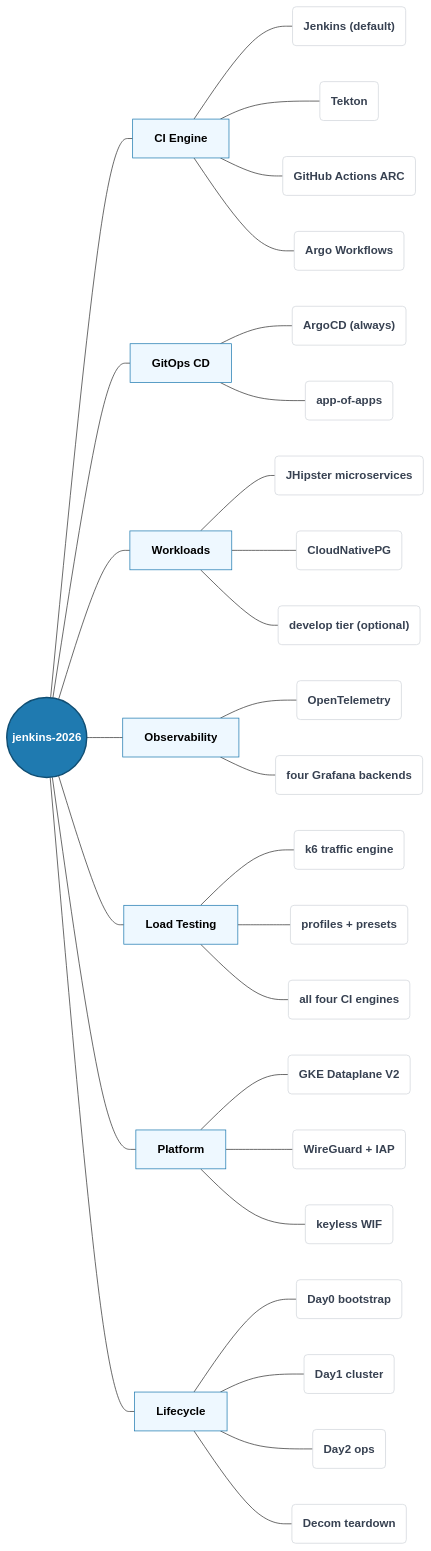
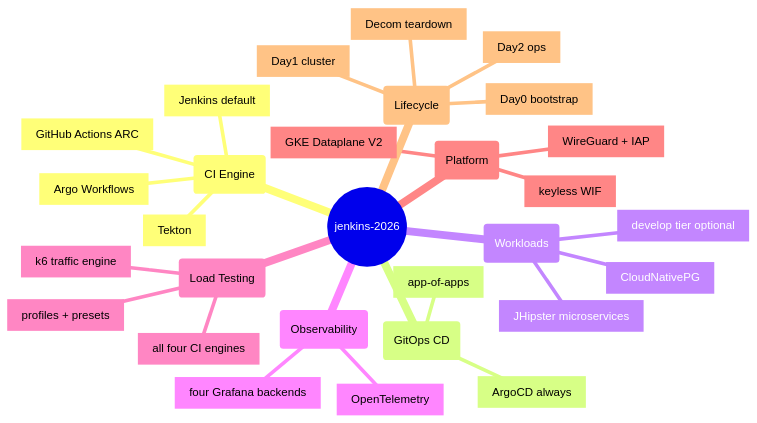
Before and after one commit to nubenetes/jenkins-2026: the first of 4 diagrams in README.md, drawn with Mermaid.

Commit message:
fix(docs): restore mindmap type for mental model diagram and add explicit node shapes to prevent overlaps

````diff
--- a/README.md
+++ b/README.md
@@ -79,46 +79,32 @@
 ```mermaid
-flowchart LR
-    Root((jenkins-2026)):::root
-    
-    %% Branches
-    Root --- CI["CI Engine"]:::branch
-    Root --- CD["GitOps CD"]:::branch
-    Root --- WL["Workloads"]:::branch
-    Root --- OBS["Observability"]:::branch
-    Root --- LT["Load Testing"]:::branch
-    Root --- PL["Platform"]:::branch
-    Root --- LC["Lifecycle"]:::branch
-
-    %% Leaves
-    CI --- CI1("Jenkins (default)"):::leaf
-    CI --- CI2("Tekton"):::leaf
-    CI --- CI3("GitHub Actions ARC"):::leaf
-    CI --- CI4("Argo Workflows"):::leaf
-
-    CD --- CD1("ArgoCD (always)"):::leaf
-    CD --- CD2("app-of-apps"):::leaf
-
-    WL --- WL1("JHipster microservices"):::leaf
-    WL --- WL2("CloudNativePG"):::leaf
-    WL --- WL3("develop tier (optional)"):::leaf
-
-    OBS --- OBS1("OpenTelemetry"):::leaf
-    OBS --- OBS2("four Grafana backends"):::leaf
-
-    LT --- LT1("k6 traffic engine"):::leaf
-    LT --- LT2("profiles + presets"):::leaf
-    LT --- LT3("all four CI engines"):::leaf
-
-    PL --- PL1("GKE Dataplane V2"):::leaf
-    PL --- PL2("WireGuard + IAP"):::leaf
-    PL --- PL3("keyless WIF"):::leaf
-
-    LC --- LC1("Day0 bootstrap"):::leaf
-    LC --- LC2("Day1 cluster"):::leaf
-    LC --- LC3("Day2 ops"):::leaf
-    LC --- LC4("Decom teardown"):::leaf
-
-    classDef root fill:#1f7ab0,stroke:#104e73,color:#fff,font-weight:bold,stroke-width:2px;
-    classDef branch fill:#eef8ff,stroke:#1f7ab0,color:#000,font-weight:bold;
-    classDef leaf fill:#fff,stroke:#d1d5db,color:#374151;
+mindmap
+  root((jenkins-2026))
+    (CI Engine)
+      [Jenkins default]
+      [Tekton]
+      [GitHub Actions ARC]
+      [Argo Workflows]
+    (GitOps CD)
+      [ArgoCD always]
+      [app-of-apps]
+    (Workloads)
+      [JHipster microservices]
+      [CloudNativePG]
+      [develop tier optional]
+    (Observability)
+      [OpenTelemetry]
+      [four Grafana backends]
+    (Load Testing)
+      [k6 traffic engine]
+      [profiles + presets]
+      [all four CI engines]
+    (Platform)
+      [GKE Dataplane V2]
+      [WireGuard + IAP]
+      [keyless WIF]
+    (Lifecycle)
+      [Day0 bootstrap]
+      [Day1 cluster]
+      [Day2 ops]
+      [Decom teardown]
 ```
````
